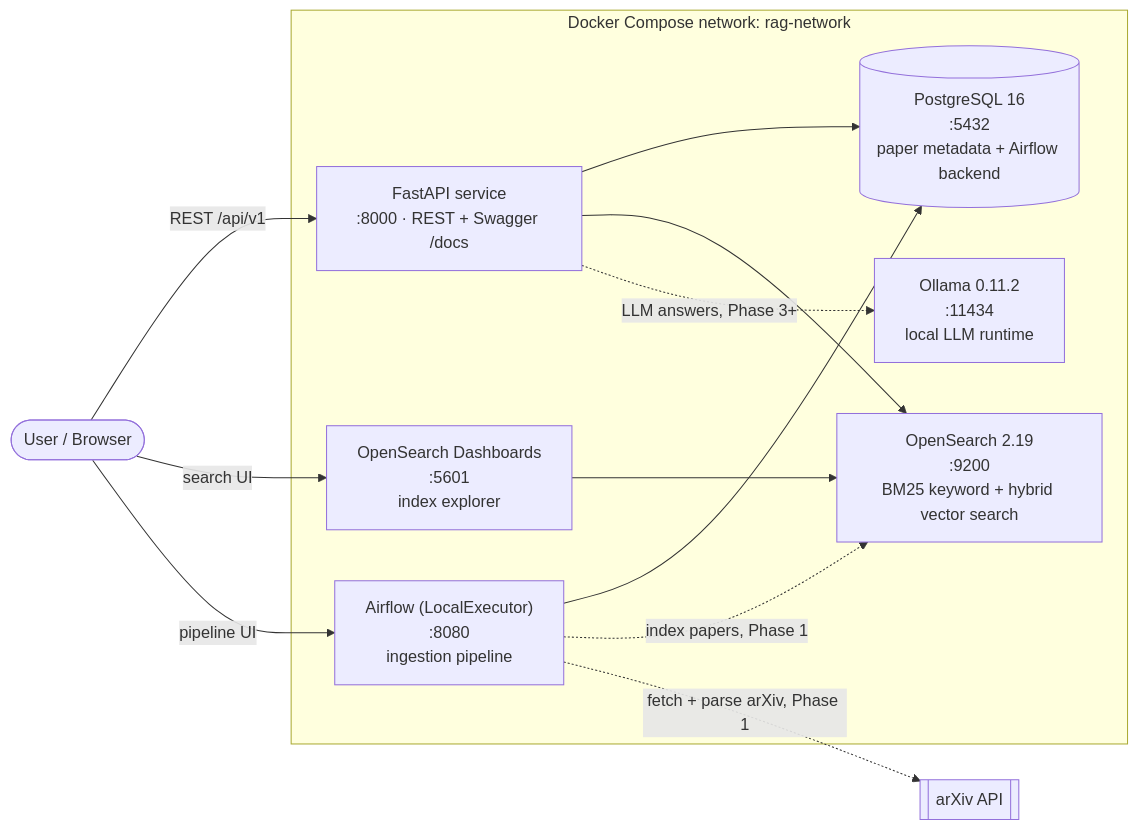
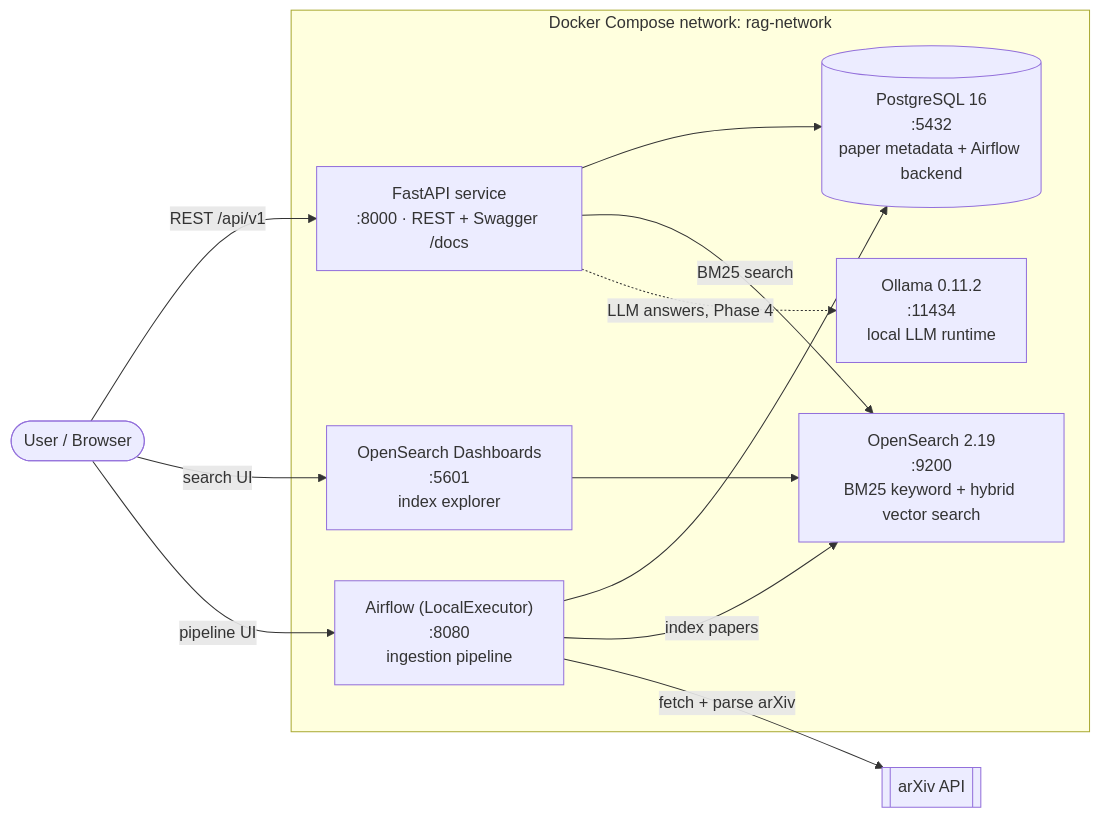
Before and after one commit to snehalgore1/Agentic-Information-Retrieval-System: the diagram in README.md, drawn with Mermaid. The commit also changed other lines of this file, not shown here.

First line of the commit message:
docs: update README for Phases 2-3 (ingestion + BM25 search live)

````diff
--- a/README.md
+++ b/README.md
@@ -33,27 +33,27 @@
 ```mermaid
 flowchart LR
     user(["User / Browser"])
     arxiv[["arXiv API"]]
 
     subgraph net["Docker Compose network: rag-network"]
         api["FastAPI service<br/>:8000 · REST + Swagger /docs"]
         pg[("PostgreSQL 16<br/>:5432<br/>paper metadata + Airflow backend")]
         os["OpenSearch 2.19<br/>:9200<br/>BM25 keyword + hybrid vector search"]
         osd["OpenSearch Dashboards<br/>:5601<br/>index explorer"]
         af["Airflow (LocalExecutor)<br/>:8080<br/>ingestion pipeline"]
         ol["Ollama 0.11.2<br/>:11434<br/>local LLM runtime"]
     end
 
     user -->|REST /api/v1| api
     user -->|search UI| osd
     user -->|pipeline UI| af
 
     api --> pg
-    api --> os
-    api -.->|LLM answers, Phase 3+| ol
+    api -->|BM25 search| os
+    api -.->|LLM answers, Phase 4| ol
 
     af --> pg
-    af -.->|index papers, Phase 1| os
-    af -.->|fetch + parse arXiv, Phase 1| arxiv
+    af -->|index papers| os
+    af -->|fetch + parse arXiv| arxiv
     osd --> os
 ```
````
